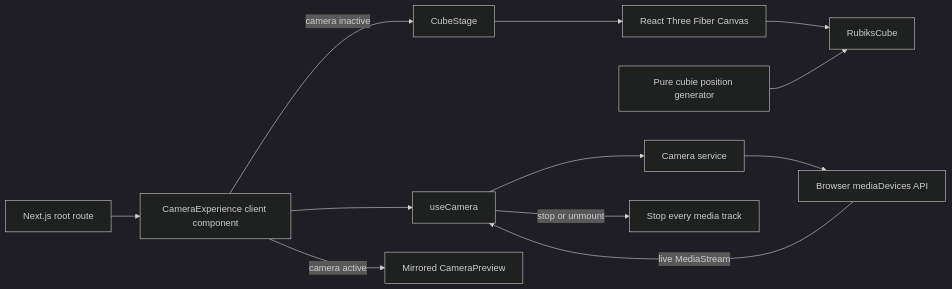
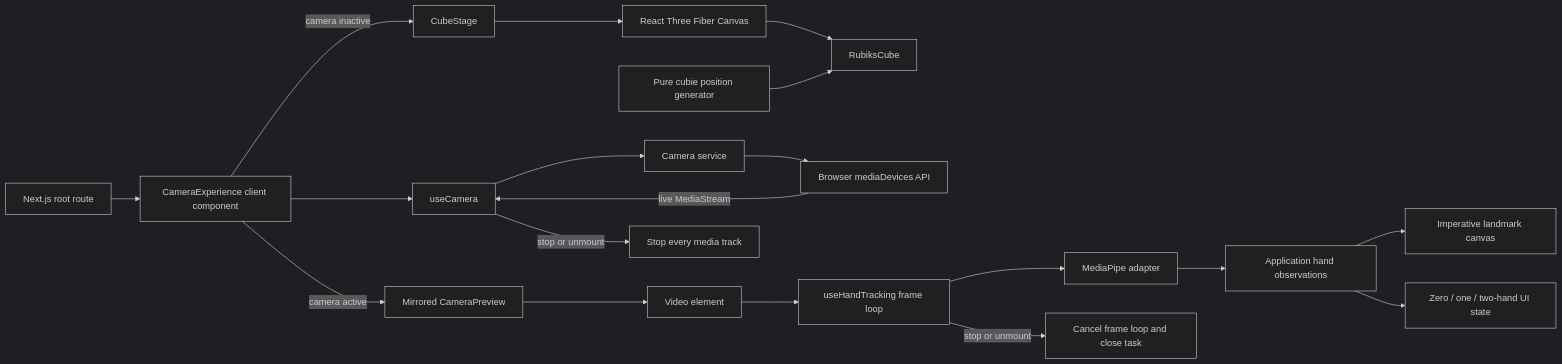
Before and after one commit to FaZeDrug/3dcubelearn: the first of 2 diagrams in docs/ARCHITECTURE.md, drawn with Mermaid (dark theme). The commit also changed other lines of this file and 16 other files, not shown here.

Commit message:
feat: complete M2 two-hand tracking

````diff
--- a/docs/ARCHITECTURE.md
+++ b/docs/ARCHITECTURE.md
@@ -16,14 +16,21 @@
 ```mermaid
 flowchart LR
     A[Next.js root route] --> B[CameraExperience client component]
     B -->|camera inactive| C[CubeStage]
     C --> D[React Three Fiber Canvas]
     D --> E[RubiksCube]
     F[Pure cubie position generator] --> E
     B --> G[useCamera]
     G --> H[Camera service]
     H --> I[Browser mediaDevices API]
     I -->|live MediaStream| G
     B -->|camera active| J[Mirrored CameraPreview]
+    J --> L[Video element]
+    L --> M[useHandTracking frame loop]
+    M --> N[MediaPipe adapter]
+    N --> O[Application hand observations]
+    O --> P[Imperative landmark canvas]
+    O --> Q[Zero / one / two-hand UI state]
     G -->|stop or unmount| K[Stop every media track]
+    M -->|stop or unmount| R[Cancel frame loop and close task]
 ```
````
